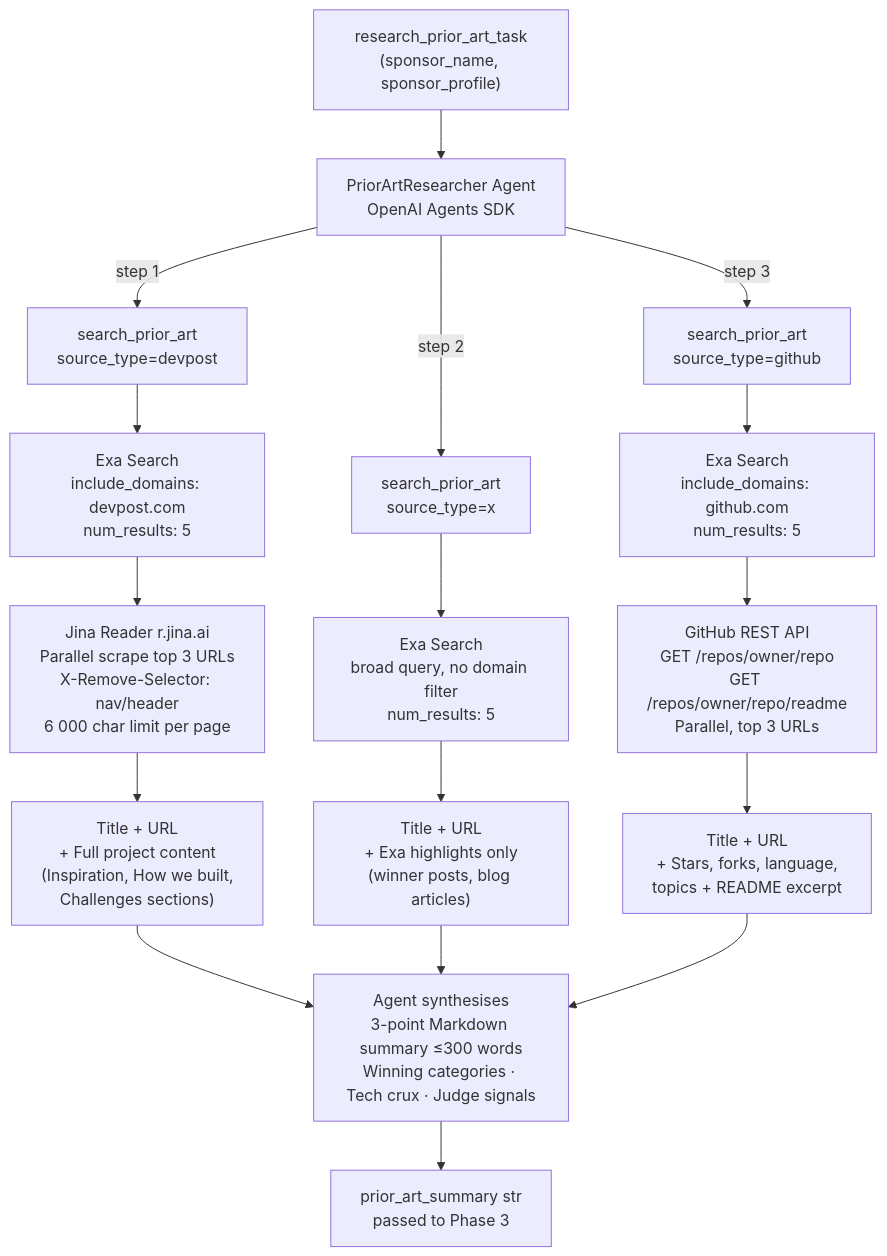
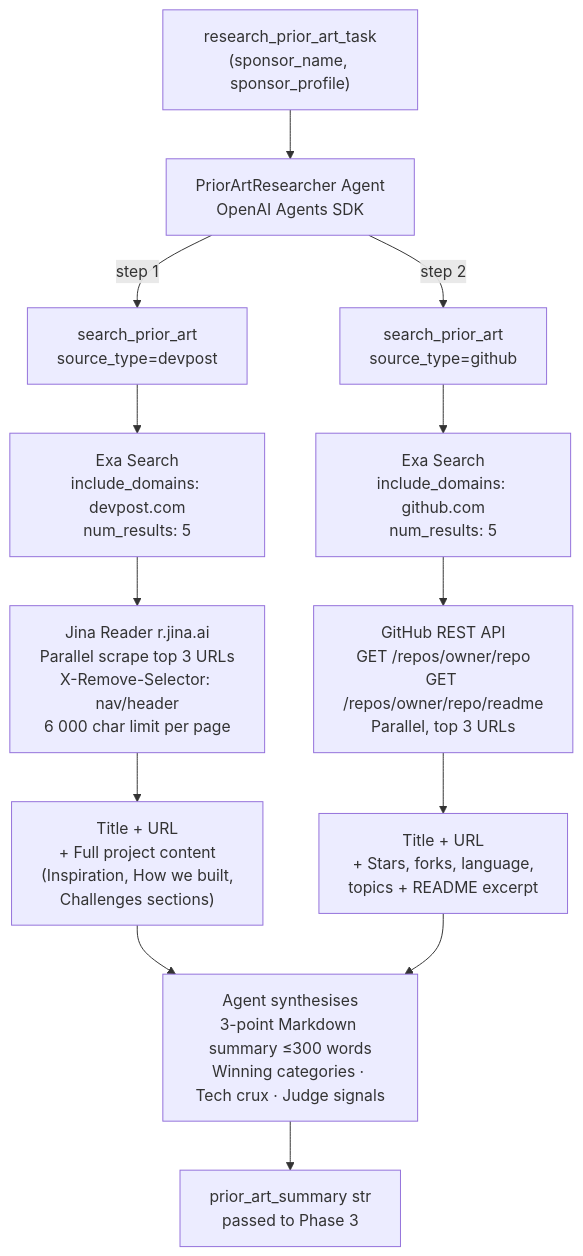
The second of 3 diagrams in backend/README.md (6felix9/open-research), drawn with Mermaid before and after one commit. The commit also changed other lines of this file and 4 other files, not shown here.

First line of the commit message:
Remove X/Twitter source from prior art pipeline

````diff
--- a/backend/README.md
+++ b/backend/README.md
@@ -164,22 +164,18 @@
 ```mermaid
 graph TD
     Task["research_prior_art_task\n(sponsor_name, sponsor_profile)"] --> Agent["PriorArtResearcher Agent\nOpenAI Agents SDK"]
 
     Agent -->|"step 1"| ToolDevpost["search_prior_art\nsource_type=devpost"]
-    Agent -->|"step 2"| ToolX["search_prior_art\nsource_type=x"]
-    Agent -->|"step 3"| ToolGithub["search_prior_art\nsource_type=github"]
+    Agent -->|"step 2"| ToolGithub["search_prior_art\nsource_type=github"]
 
     ToolDevpost --> ExaDevpost["Exa Search\ninclude_domains: devpost.com\nnum_results: 5"]
     ExaDevpost --> Jina["Jina Reader r.jina.ai\nParallel scrape top 3 URLs\nX-Remove-Selector: nav/header\n6 000 char limit per page"]
     Jina --> DevpostOut["Title + URL\n+ Full project content\n(Inspiration, How we built,\nChallenges sections)"]
 
-    ToolX --> ExaX["Exa Search\nbroad query, no domain filter\nnum_results: 5"]
-    ExaX --> XOut["Title + URL\n+ Exa highlights only\n(winner posts, blog articles)"]
-
     ToolGithub --> ExaGithub["Exa Search\ninclude_domains: github.com\nnum_results: 5"]
     ExaGithub --> GithubAPI["GitHub REST API\nGET /repos/owner/repo\nGET /repos/owner/repo/readme\nParallel, top 3 URLs"]
     GithubAPI --> GithubOut["Title + URL\n+ Stars, forks, language,\ntopics + README excerpt"]
 
-    DevpostOut & XOut & GithubOut --> Synthesis["Agent synthesises\n3-point Markdown summary ≤300 words\nWinning categories · Tech crux · Judge signals"]
+    DevpostOut & GithubOut --> Synthesis["Agent synthesises\n3-point Markdown summary ≤300 words\nWinning categories · Tech crux · Judge signals"]
     Synthesis --> PriorArtOut["prior_art_summary str\npassed to Phase 3"]
 ```
````
